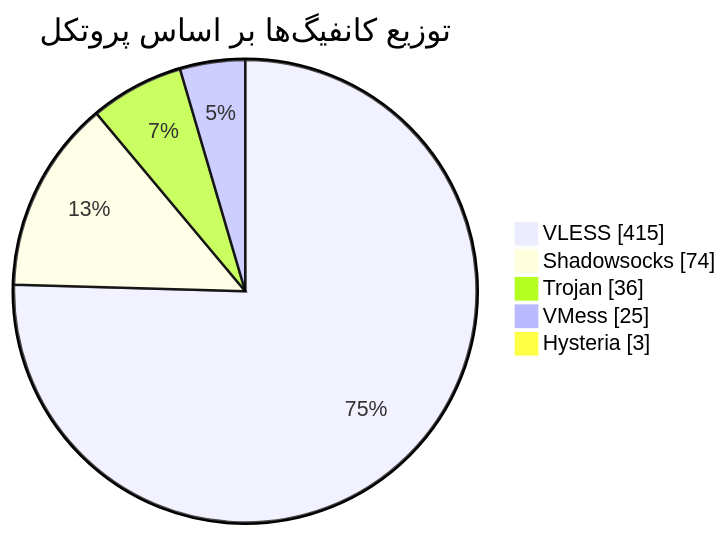
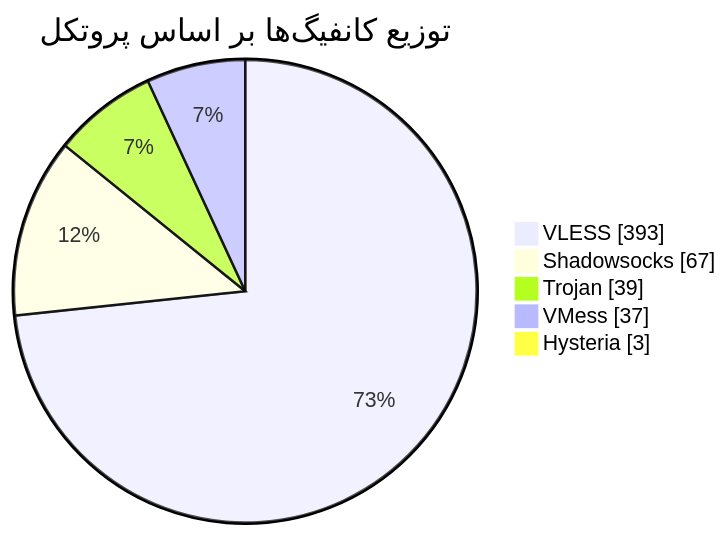
Before and after one commit to Arian-Alijani/Somthing: the diagram in README.md, drawn with Mermaid. The commit also changed other lines of this file and 77 other files, not shown here.

````diff
--- a/README.md
+++ b/README.md
@@ -47,9 +47,9 @@
 ```mermaid
 pie showData
     title توزیع کانفیگ‌ها بر اساس پروتکل
-    "VLESS" : 415
-    "Shadowsocks" : 74
-    "Trojan" : 36
-    "VMess" : 25
+    "VLESS" : 393
+    "Shadowsocks" : 67
+    "Trojan" : 39
+    "VMess" : 37
     "Hysteria" : 3
 ```
````
